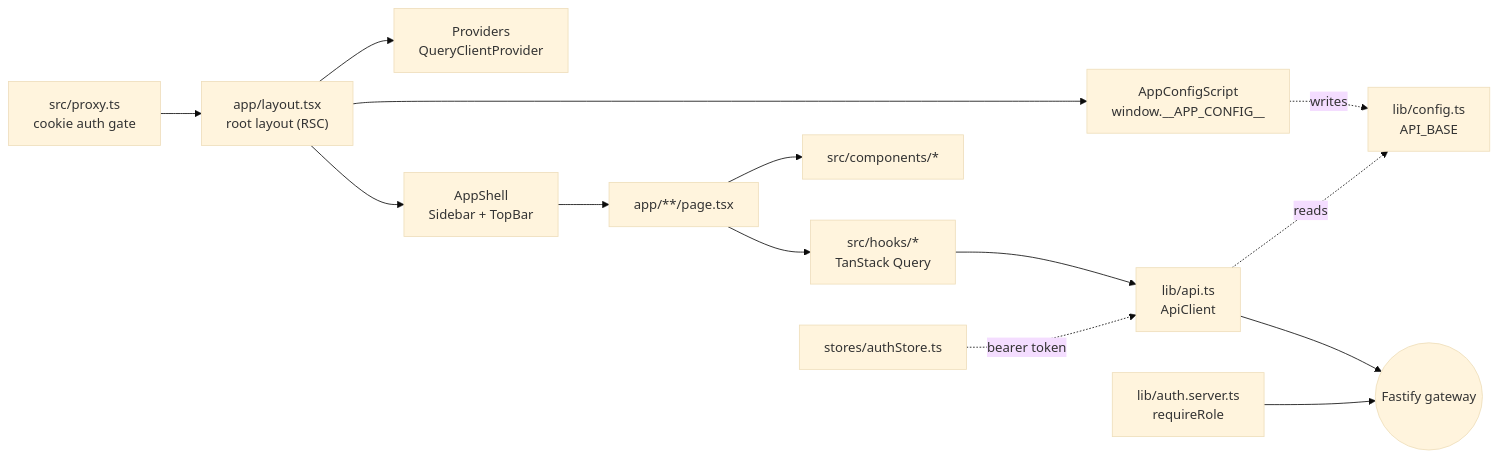
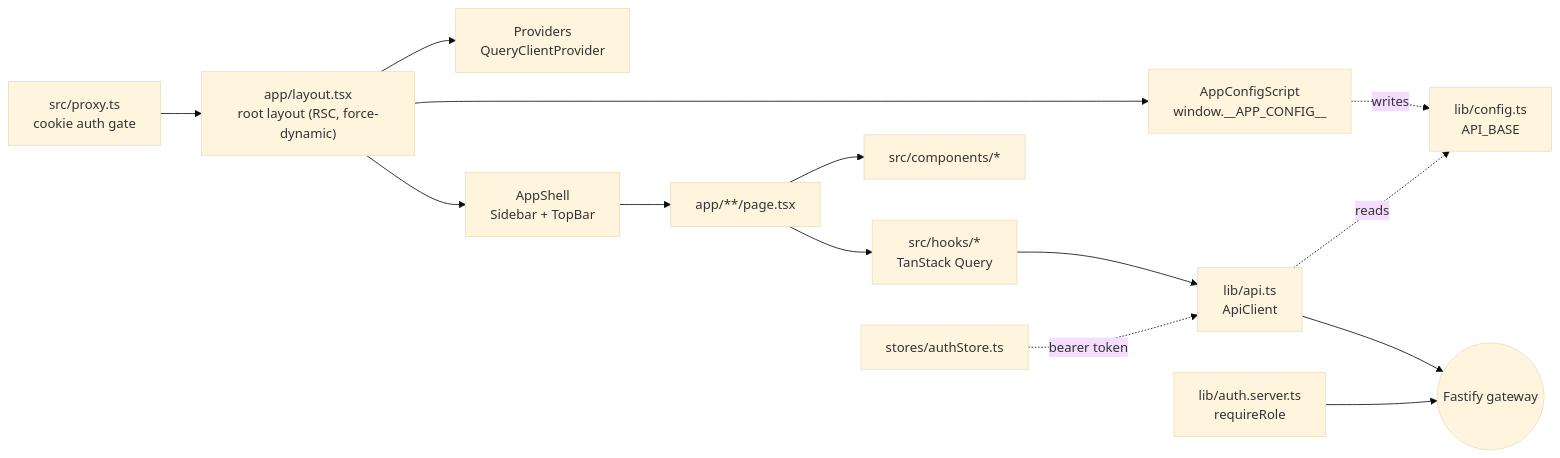
Before and after one commit to yorch/auto-swe: the first of 2 diagrams in wiki/5-web-dashboard.md, drawn with Mermaid (base theme). The commit also changed other lines of this file and 15 other files, not shown here.

````diff
--- a/wiki/5-web-dashboard.md
+++ b/wiki/5-web-dashboard.md
@@ -41,16 +49,16 @@
 ```mermaid
 flowchart LR
-    Proxy["src/proxy.ts<br/>cookie auth gate"] --> Layout["app/layout.tsx<br/>root layout (RSC)"]
+    Proxy["src/proxy.ts<br/>cookie auth gate"] --> Layout["app/layout.tsx<br/>root layout (RSC, force-dynamic)"]
     Layout --> ConfigScript["AppConfigScript<br/>window.__APP_CONFIG__"]
     Layout --> Providers["Providers<br/>QueryClientProvider"]
     Layout --> Shell["AppShell<br/>Sidebar + TopBar"]
     Shell --> Pages["app/**/page.tsx"]
     Pages --> Hooks["src/hooks/*<br/>TanStack Query"]
     Pages --> Components["src/components/*"]
     Hooks --> ApiClient["lib/api.ts<br/>ApiClient"]
     ApiClient --> Gateway(("Fastify gateway"))
     Guards["lib/auth.server.ts<br/>requireRole"] --> Gateway
     ConfigScript -.writes.-> Config["lib/config.ts<br/>API_BASE"]
     ApiClient -.reads.-> Config
     AuthStore["stores/authStore.ts"] -.bearer token.-> ApiClient
 ```
````
